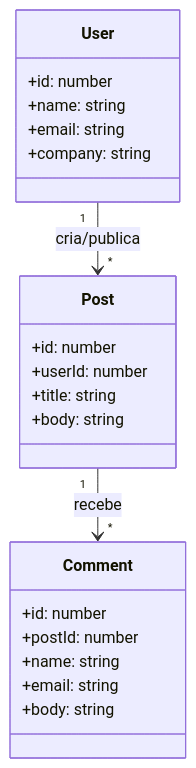
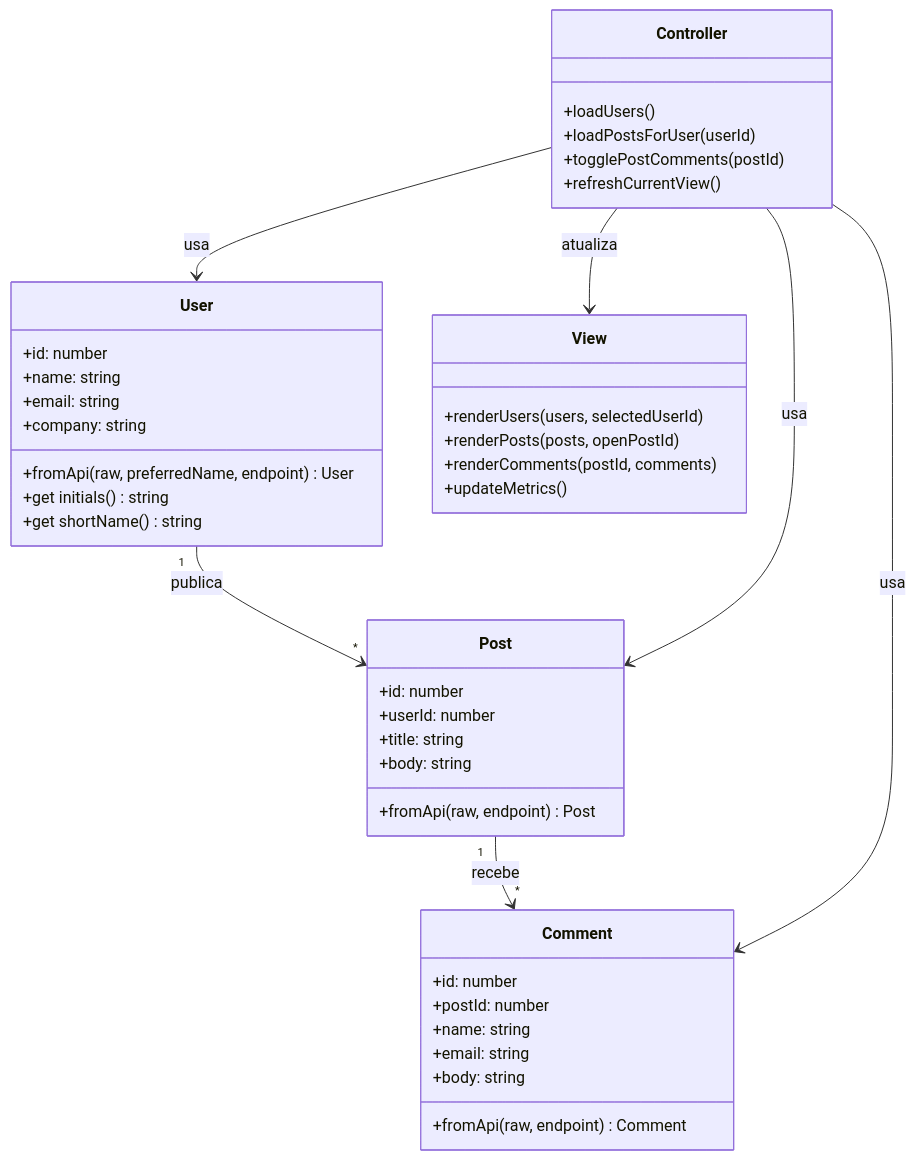
The diagram in README.md (ygorgabrielbml/public-slaco), drawn with Mermaid before and after one commit. The commit also changed other lines of this file and 2 other files, not shown here.

````diff
--- a/README.md
+++ b/README.md
@@ -63,27 +60,50 @@
 ```mermaid
 classDiagram
   class User {
     +id: number
     +name: string
     +email: string
     +company: string
+    +fromApi(raw, preferredName, endpoint) User
+    +get initials() string
+    +get shortName() string
   }
 
   class Post {
     +id: number
     +userId: number
     +title: string
     +body: string
+    +fromApi(raw, endpoint) Post
   }
 
   class Comment {
     +id: number
     +postId: number
     +name: string
     +email: string
     +body: string
+    +fromApi(raw, endpoint) Comment
   }
 
-  User "1" --> "*" Post : cria/publica
+  class Controller {
+    +loadUsers()
+    +loadPostsForUser(userId)
+    +togglePostComments(postId)
+    +refreshCurrentView()
+  }
+
+  class View {
+    +renderUsers(users, selectedUserId)
+    +renderPosts(posts, openPostId)
+    +renderComments(postId, comments)
+    +updateMetrics()
+  }
+
+  User "1" --> "*" Post : publica
   Post "1" --> "*" Comment : recebe
+  Controller --> View : atualiza
+  Controller --> User : usa
+  Controller --> Post : usa
+  Controller --> Comment : usa
 ```
````
